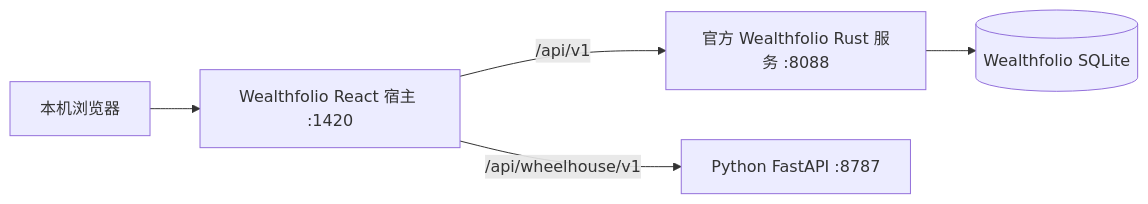
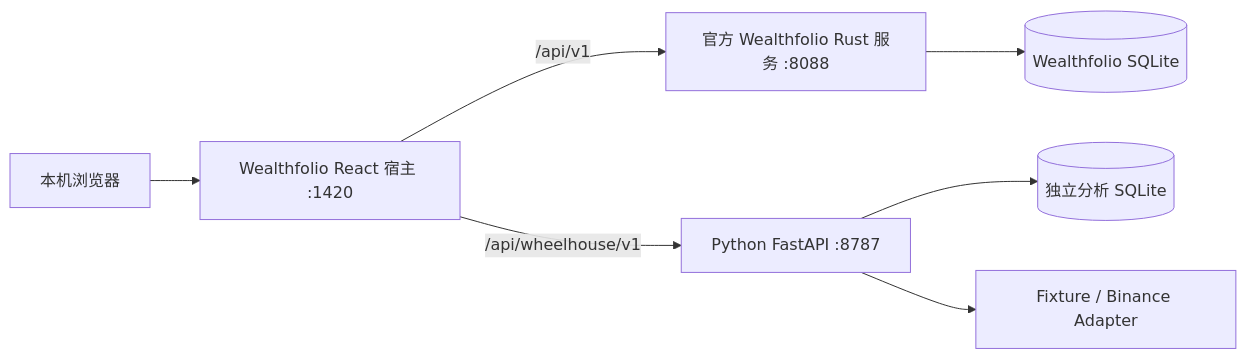
Before and after one commit to gaawai-l/algoforce-next: the diagram in docs/architecture/wealthfolio-python.md, drawn with Mermaid. The commit also changed other lines of this file and 34 other files, not shown here.

Commit message:
Complete A2-A5 market data and analysis architecture

````diff
--- a/docs/architecture/wealthfolio-python.md
+++ b/docs/architecture/wealthfolio-python.md
@@ -7,7 +7,9 @@
 ```mermaid
 flowchart LR
     U[本机浏览器] --> H[Wealthfolio React 宿主 :1420]
     H -->|/api/v1| W[官方 Wealthfolio Rust 服务 :8088]
     H -->|/api/wheelhouse/v1| P[Python FastAPI :8787]
     W --> D[(Wealthfolio SQLite)]
+    P --> A[(独立分析 SQLite)]
+    P --> S[Fixture / Binance Adapter]
 ```
````
